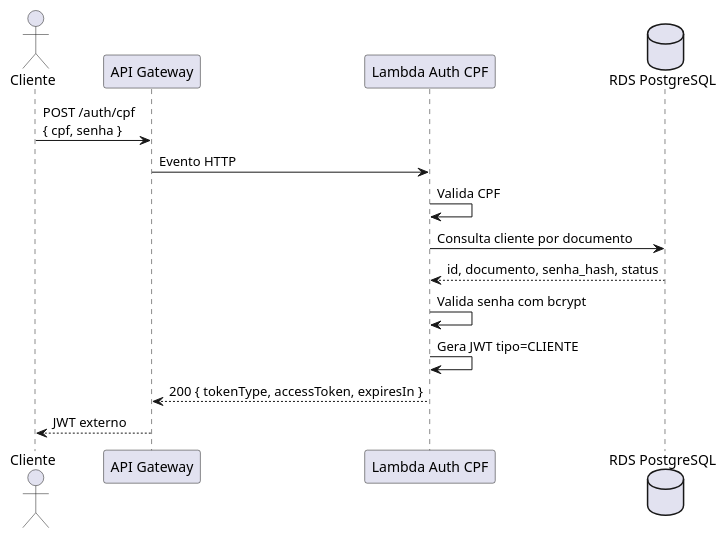
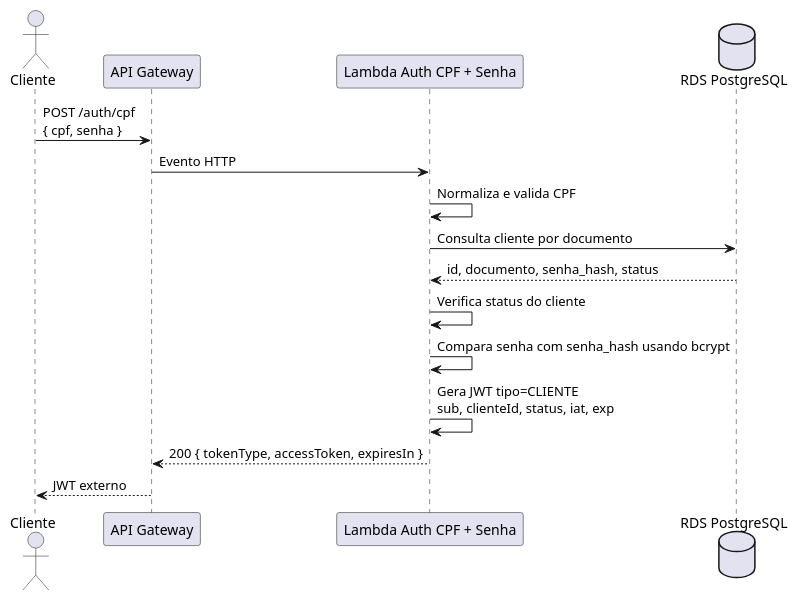
The diagram in docs/arquitetura/sequencia-auth-cpf-senha.puml (techdgconsulting/oficina-dgcar-docs), drawn with PlantUML before and after one commit. The commit also changed 35 other files, not shown here.

Commit message:
docs: consolida arquitetura auth cpf senha

```diff
--- a/docs/arquitetura/sequencia-auth-cpf-senha.puml
+++ b/docs/arquitetura/sequencia-auth-cpf-senha.puml
@@ -1,16 +1,17 @@
 @startuml
 actor Cliente
 participant "API Gateway" as Gateway
-participant "Lambda Auth CPF" as Lambda
+participant "Lambda Auth CPF + Senha" as Lambda
 database "RDS PostgreSQL" as DB
 
 Cliente -> Gateway: POST /auth/cpf\n{ cpf, senha }
 Gateway -> Lambda: Evento HTTP
-Lambda -> Lambda: Valida CPF
+Lambda -> Lambda: Normaliza e valida CPF
 Lambda -> DB: Consulta cliente por documento
 DB --> Lambda: id, documento, senha_hash, status
-Lambda -> Lambda: Valida senha com bcrypt
-Lambda -> Lambda: Gera JWT tipo=CLIENTE
+Lambda -> Lambda: Verifica status do cliente
+Lambda -> Lambda: Compara senha com senha_hash usando bcrypt
+Lambda -> Lambda: Gera JWT tipo=CLIENTE\nsub, clienteId, status, iat, exp
 Lambda --> Gateway: 200 { tokenType, accessToken, expiresIn }
 Gateway --> Cliente: JWT externo
 @enduml
```
